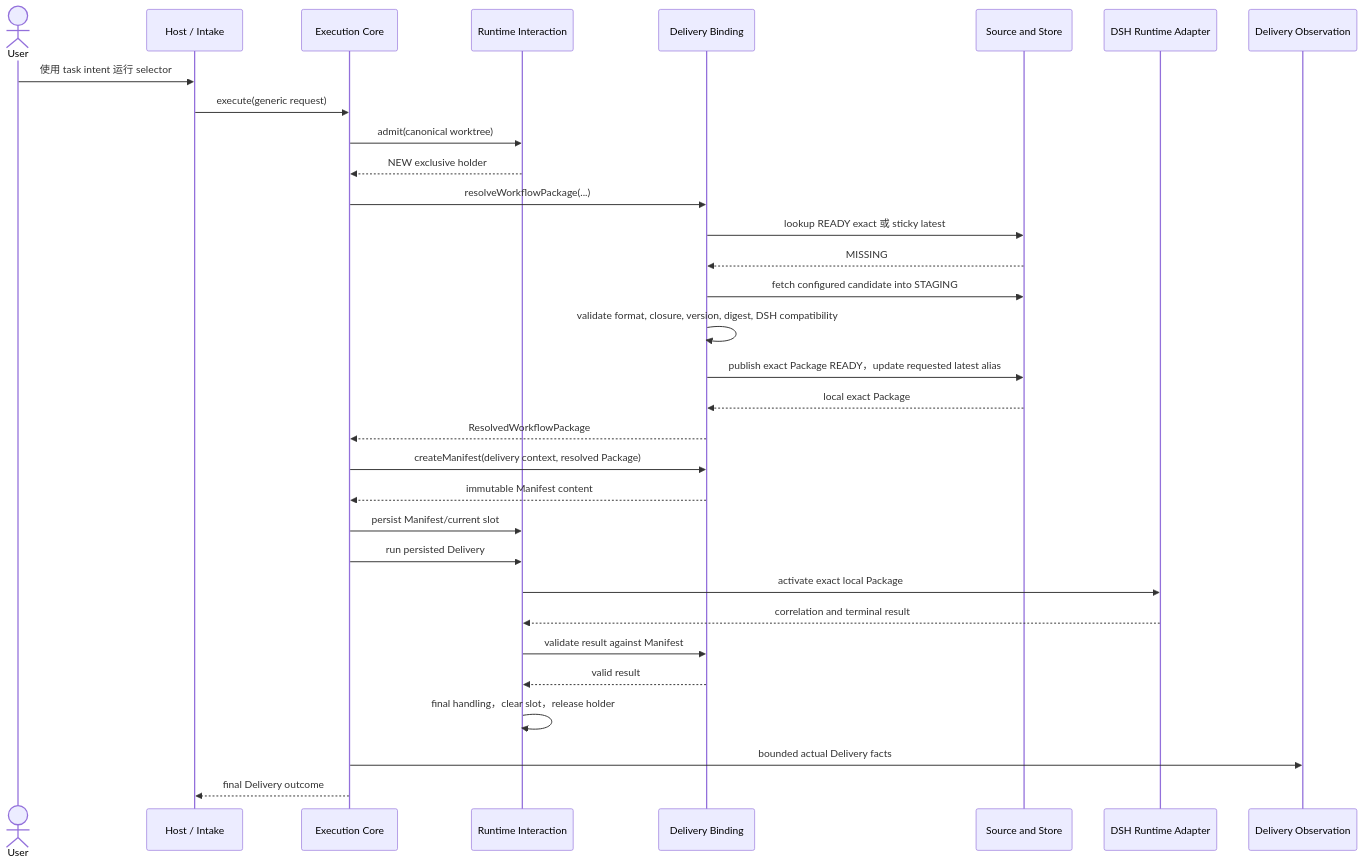
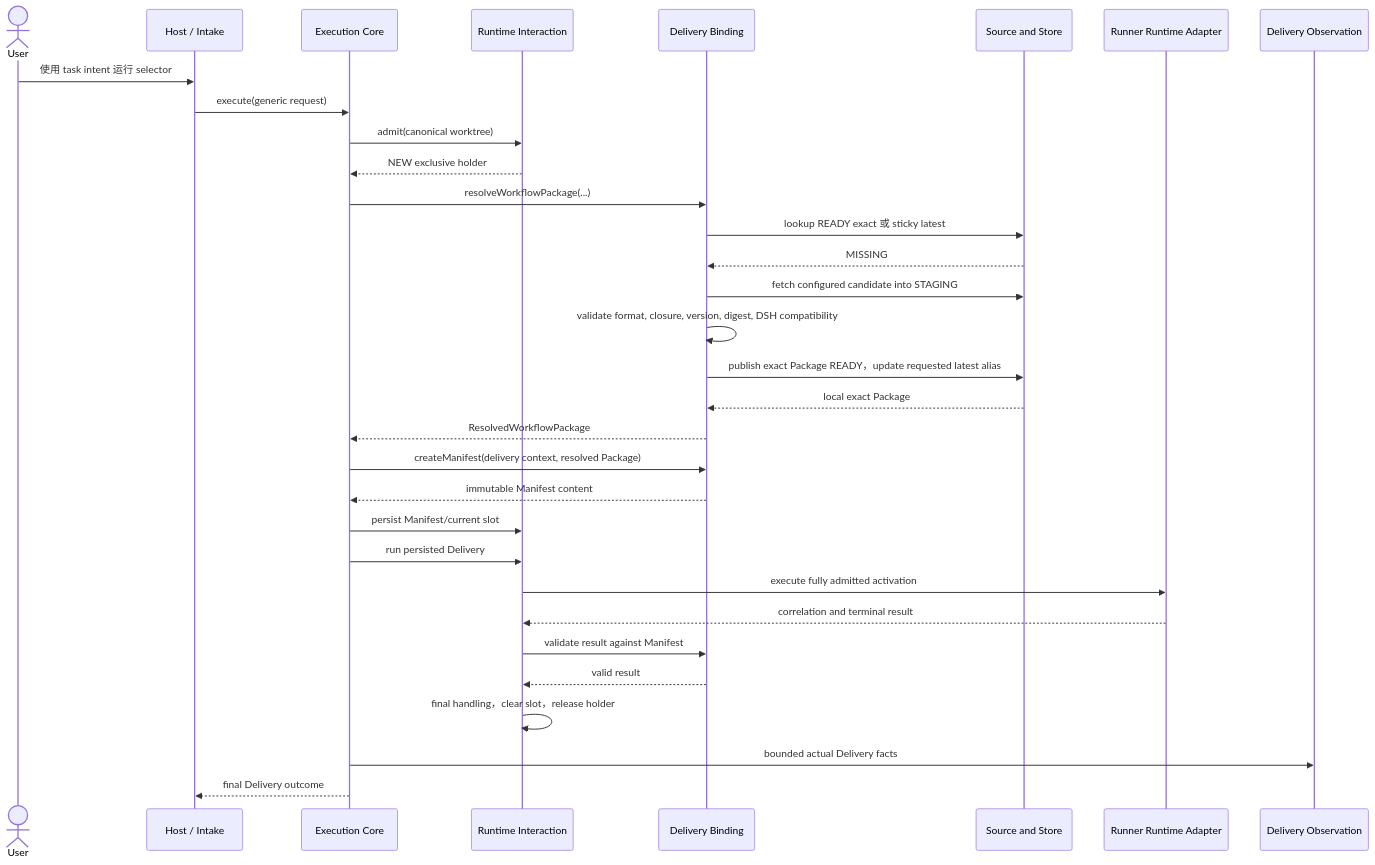
One commit to firestige/workflow-self-recursive changed the second of 4 diagrams in docs/systems/execution/project-execution-system.zh-CN.md. Above: the diagram before and after it, drawn with Mermaid. The commit also changed other lines of this file and 18 other files, not shown here.

````diff
--- a/docs/systems/execution/project-execution-system.zh-CN.md
+++ b/docs/systems/execution/project-execution-system.zh-CN.md
@@ -178,35 +184,35 @@
 ```mermaid
 sequenceDiagram
     actor User
     participant Host as Host / Intake
     participant Core as Execution Core
     participant RI as Runtime Interaction
     participant DB as Delivery Binding
     participant SS as Source and Store
-    participant DSH as DSH Runtime Adapter
+    participant Runtime as Runner Runtime Adapter
     participant DO as Delivery Observation
 
     User->>Host: 使用 task intent 运行 selector
     Host->>Core: execute(generic request)
     Core->>RI: admit(canonical worktree)
     RI-->>Core: NEW exclusive holder
     Core->>DB: resolveWorkflowPackage(...)
     DB->>SS: lookup READY exact 或 sticky latest
     SS-->>DB: MISSING
     DB->>SS: fetch configured candidate into STAGING
     DB->>DB: validate format, closure, version, digest, DSH compatibility
     DB->>SS: publish exact Package READY，update requested latest alias
     SS-->>DB: local exact Package
     DB-->>Core: ResolvedWorkflowPackage
     Core->>DB: createManifest(delivery context, resolved Package)
     DB-->>Core: immutable Manifest content
     Core->>RI: persist Manifest/current slot
     Core->>RI: run persisted Delivery
-    RI->>DSH: activate exact local Package
-    DSH-->>RI: correlation and terminal result
+    RI->>Runtime: execute fully admitted activation
+    Runtime-->>RI: correlation and terminal result
     RI->>DB: validate result against Manifest
     DB-->>RI: valid result
     RI->>RI: final handling，clear slot，release holder
     Core->>DO: bounded actual Delivery facts
     Core-->>Host: final Delivery outcome
 ```
````
